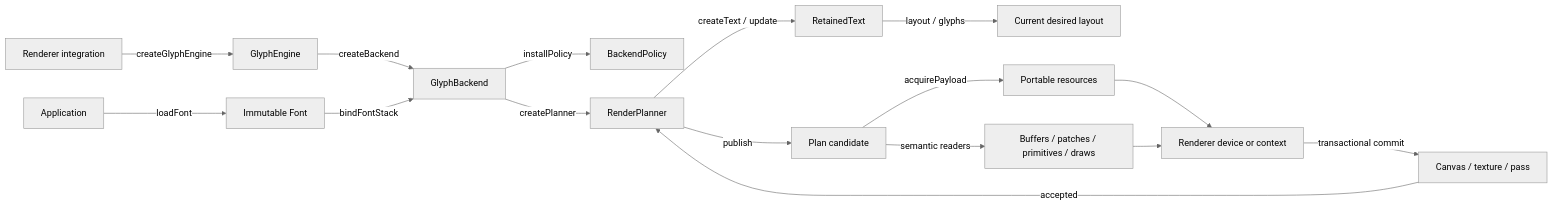
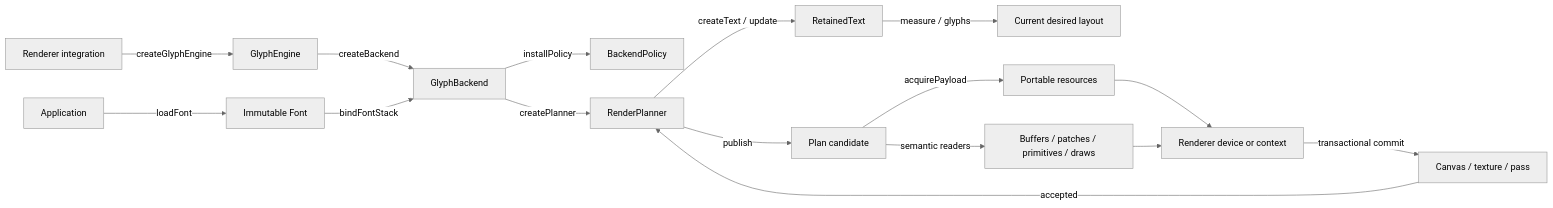
Before and after one commit to pmndrs/glyph: the first of 2 diagrams in docs/guides/renderer-integration.md, drawn with Mermaid (neutral theme). The commit also changed other lines of this file and 14 other files, not shown here.

````diff
--- a/docs/guides/renderer-integration.md
+++ b/docs/guides/renderer-integration.md
@@ -48,18 +48,18 @@
 ```mermaid
 flowchart LR
   App[Application] -->|loadFont| Font[Immutable Font]
   Integrator[Renderer integration] -->|createGlyphEngine| Engine[GlyphEngine]
   Engine -->|createBackend| Backend[GlyphBackend]
   Backend -->|installPolicy| Policy[BackendPolicy]
   Font -->|bindFontStack| Backend
   Backend -->|createPlanner| RenderPlanner[RenderPlanner]
   RenderPlanner -->|createText / update| Text[RetainedText]
-  Text -->|layout / glyphs| Query[Current desired layout]
+  Text -->|measure / glyphs| Query[Current desired layout]
   RenderPlanner -->|publish| Candidate[Plan candidate]
   Candidate -->|acquirePayload| Portable[Portable resources]
   Candidate -->|semantic readers| Records[Buffers / patches / primitives / draws]
   Portable --> Device[Renderer device or context]
   Records --> Device
   Device -->|transactional commit| Surface[Canvas / texture / pass]
   Surface -->|accepted| RenderPlanner
 ```
````
